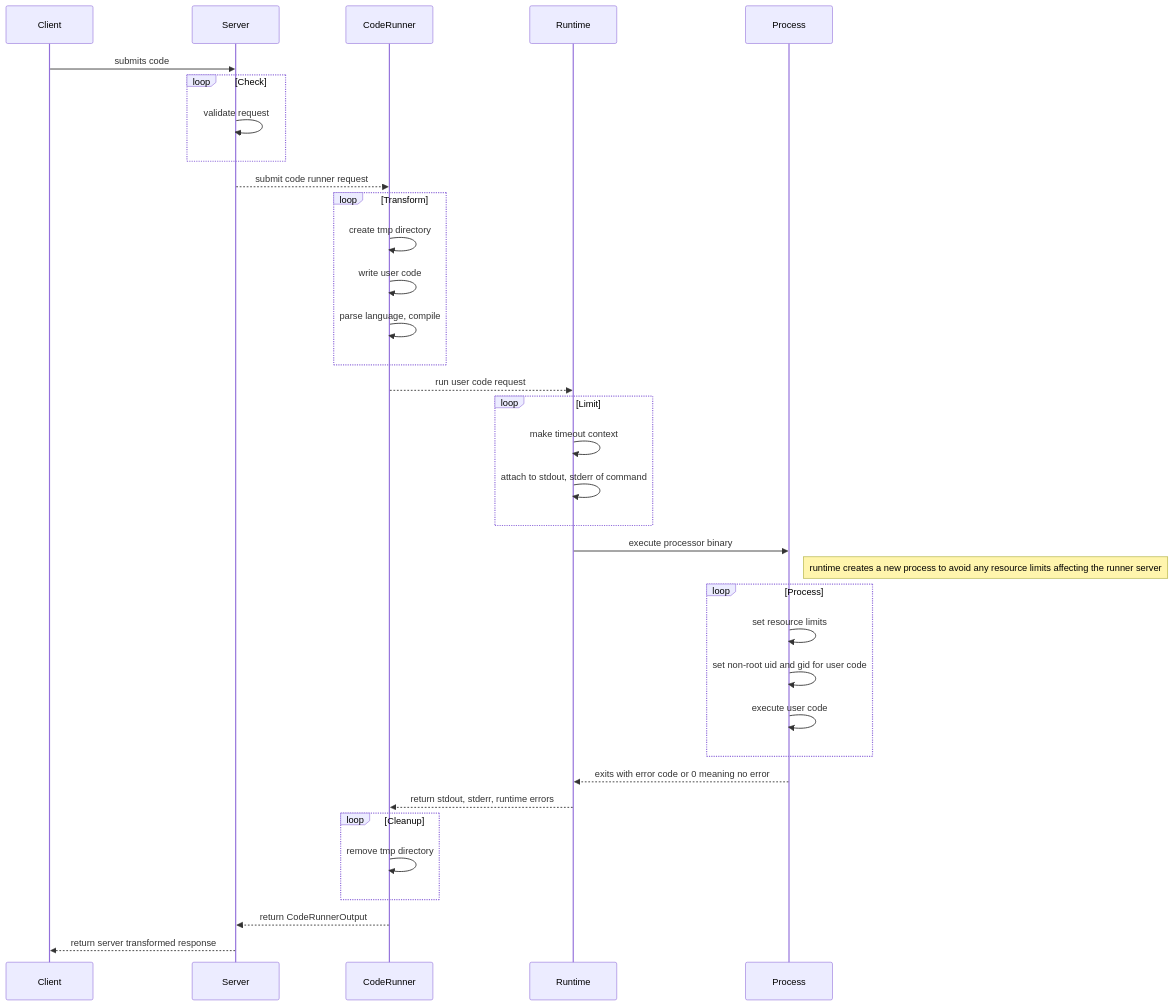
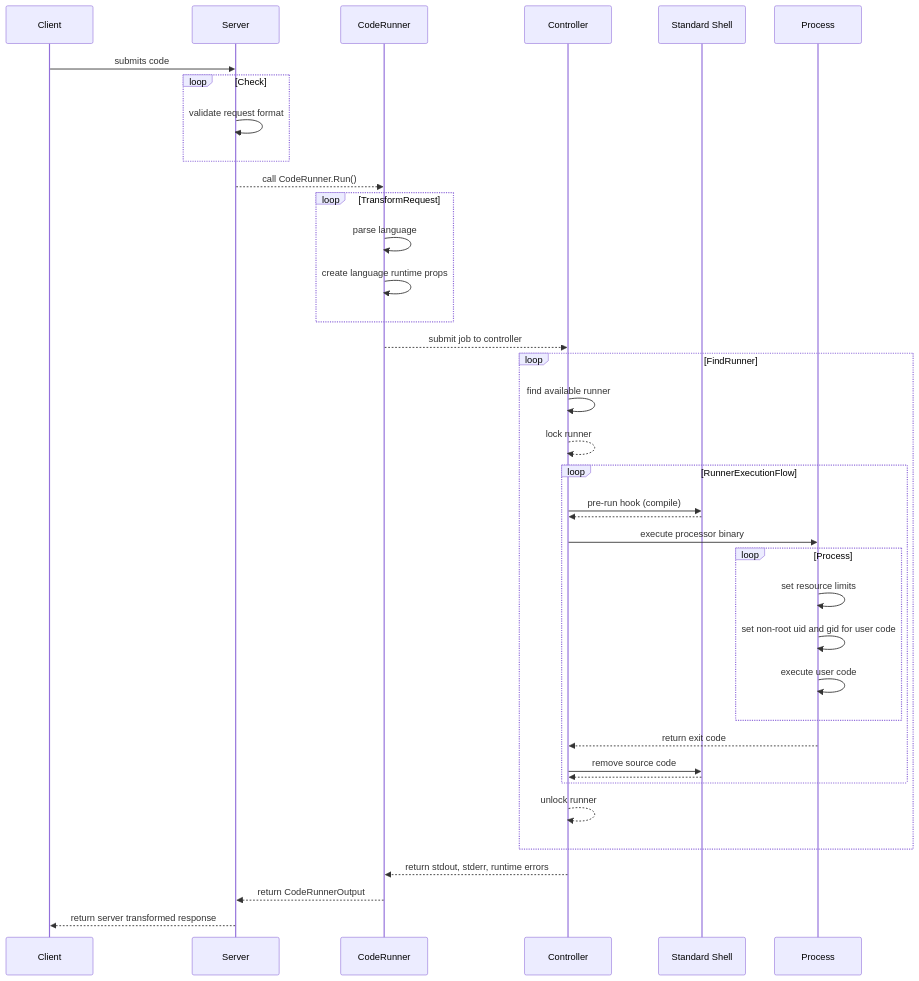
The diagram in readme.md (camerondurham/codecanvas), drawn with Mermaid before and after one commit. The commit also changed other lines of this file and 19 other files, not shown here.

````diff
--- a/readme.md
+++ b/readme.md
@@ -21,42 +23,48 @@
 ```mermaid
 sequenceDiagram
 Client->>Server: submits code
 
 loop Check
-      Server->>Server: validate request
+      Server->>Server: validate request format
 end
 
-Server-->>CodeRunner: submit code runner request
+Server-->>CodeRunner: call CodeRunner.Run()
 
-loop Transform
-      CodeRunner->>CodeRunner: create tmp directory
-      CodeRunner->>CodeRunner: write user code
-      CodeRunner->>CodeRunner: parse language, compile
+loop TransformRequest
+      CodeRunner->>CodeRunner: parse language
+      CodeRunner->>CodeRunner: create language runtime props
 end
 
-CodeRunner-->>Runtime: run user code request
+CodeRunner-->>Controller: submit job to controller
 
-loop Limit
-    Runtime->>Runtime: make timeout context
-    Runtime->>Runtime: attach to stdout, stderr of command
+loop FindRunner
+    Controller->>Controller: find available runner
+    Controller-->>Controller: lock runner
+
+
+    loop RunnerExecutionFlow
+        Controller->>Standard Shell: pre-run hook (compile)
+        Standard Shell-->>Controller:
+        Controller->>Process: execute processor binary
+
+        loop Process
+            Process->>Process: set resource limits
+            Process->>Process: set non-root uid and gid for user code
+            Process->>Process: execute user code
+        end
+
+        Process-->>Controller: return exit code
+        Controller->>Standard Shell: remove source code
+        Standard Shell-->>Controller:
+    end
+    Controller-->>Controller: unlock runner
 end
 
-Runtime->>Process: execute processor binary
 
-Note right of Process: runtime creates a new process to avoid any resource limits affecting the runner server
-loop Process
-    Process->>Process: set resource limits
-    Process->>Process: set non-root uid and gid for user code
-    Process->>Process: execute user code
-end
 
-Process-->>Runtime: exits with error code or 0 meaning no error
-Runtime-->>CodeRunner: return stdout, stderr, runtime errors
 
-loop Cleanup
-    CodeRunner->>CodeRunner: remove tmp directory
-end
+Controller-->>CodeRunner: return stdout, stderr, runtime errors
 
 CodeRunner-->>Server: return CodeRunnerOutput
 Server-->>Client: return server transformed response
 ```
````
